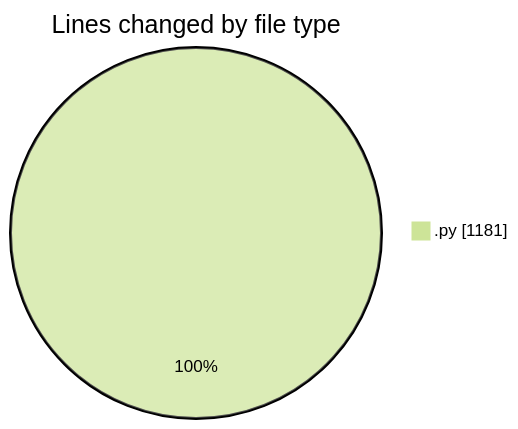
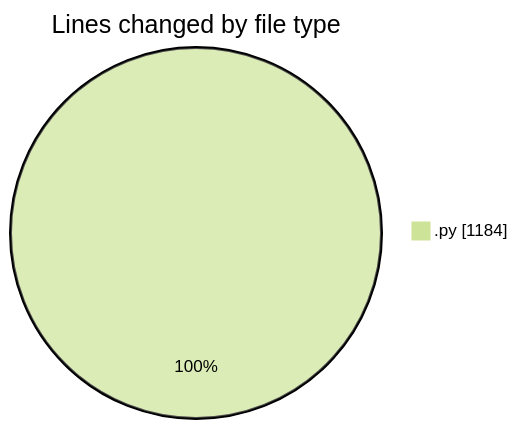
Before and after one commit to MatusMokan/code-tracking: the first of 2 diagrams in 2025-03-26/myws__workspace_/README.md, drawn with Mermaid (forest theme). The commit also changed other lines of this file and 1 other file, not shown here.

````diff
--- a/2025-03-26/myws__workspace_/README.md
+++ b/2025-03-26/myws__workspace_/README.md
@@ -20,5 +20,5 @@
 ```mermaid
 pie showData
 title Lines changed by file type
-".py" : 1181
+".py" : 1184
 ```
````
